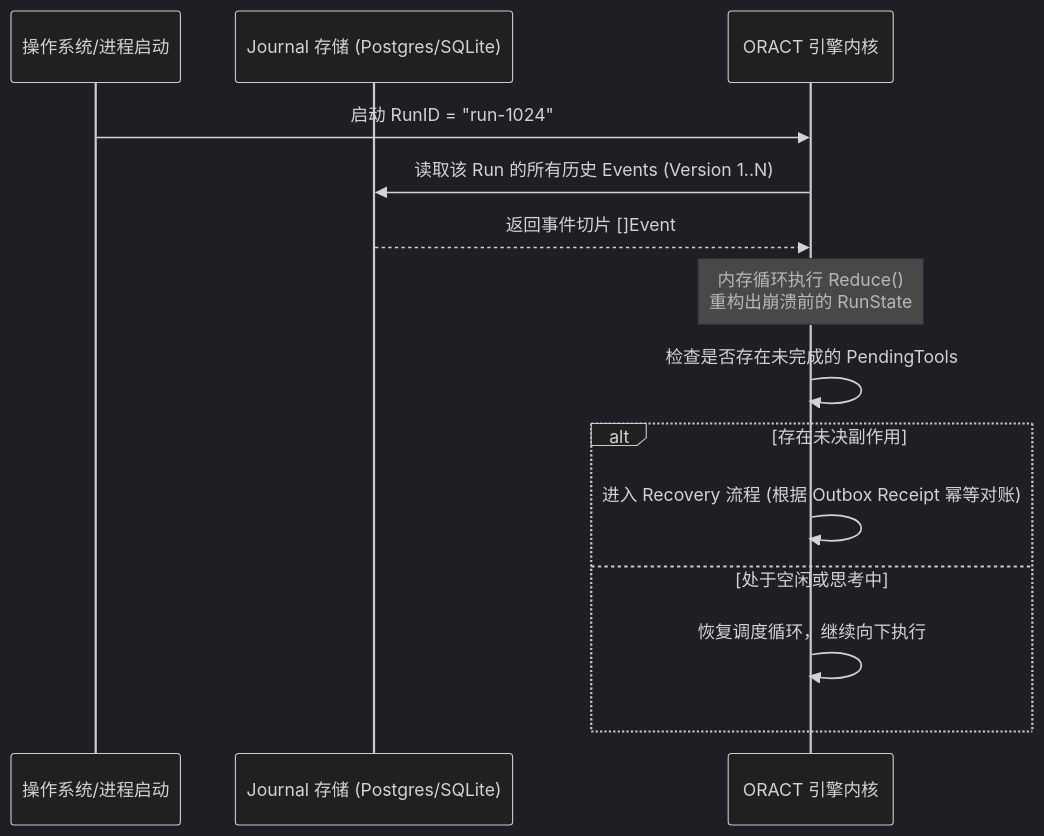
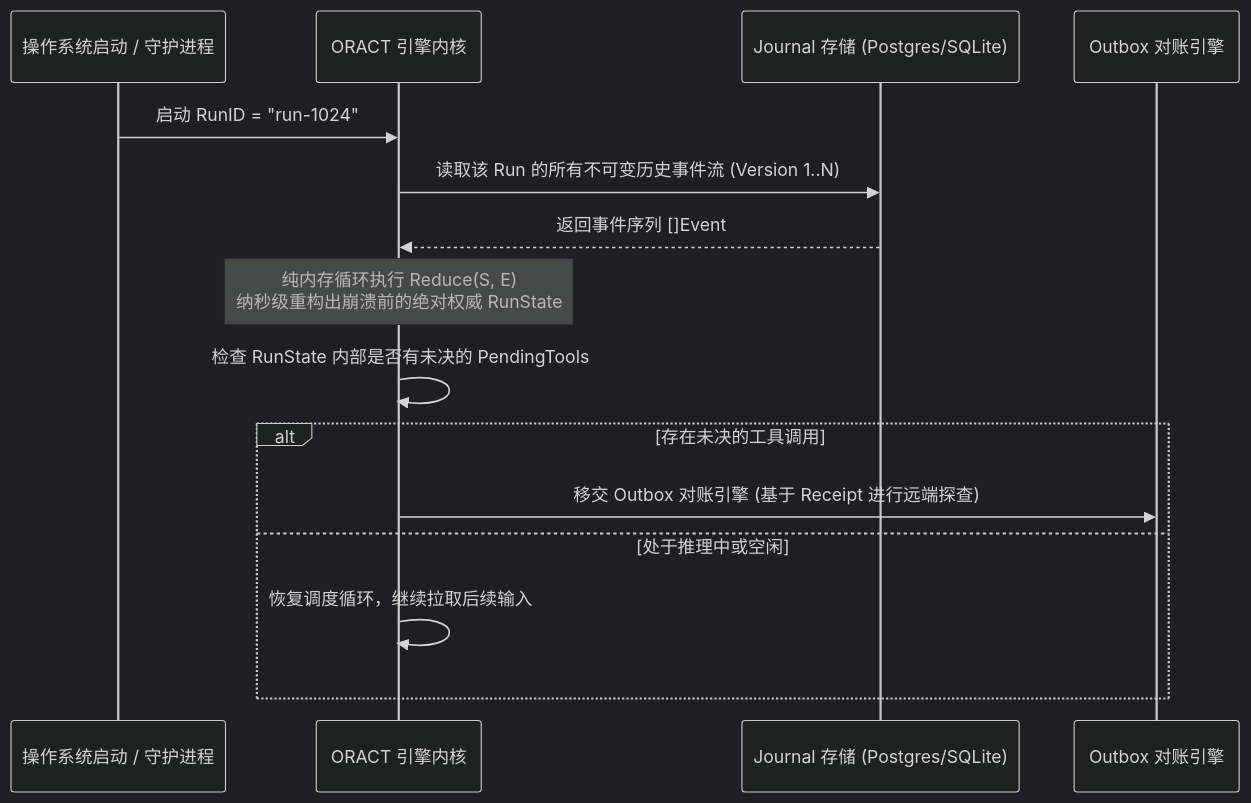
One commit to MoreConsequence/MoreConsequence.github.io changed the second of 2 diagrams in content/posts/oract-01-durable-agent-kernel.md. Above: the diagram before and after it, drawn with Mermaid (dark theme). The commit also changed other lines of this file and 11 other files, not shown here.

````diff
--- a/content/posts/oract-01-durable-agent-kernel.md
+++ b/content/posts/oract-01-durable-agent-kernel.md
@@ -122,17 +152,18 @@
 ```mermaid
 sequenceDiagram
-    participant OS as 操作系统/进程启动
+    participant OS as 操作系统启动 / 守护进程
+    participant Engine as ORACT 引擎内核
     participant Store as Journal 存储 (Postgres/SQLite)
-    participant Engine as ORACT 引擎内核
+    participant Outbox as Outbox 对账引擎
 
     OS->>Engine: 启动 RunID = "run-1024"
-    Engine->>Store: 读取该 Run 的所有历史 Events (Version 1..N)
-    Store-->>Engine: 返回事件切片 []Event
-    Note over Engine: 内存循环执行 Reduce()<br/>重构出崩溃前的 RunState
-    Engine->>Engine: 检查是否存在未完成的 PendingTools
-    alt 存在未决副作用
-        Engine->>Engine: 进入 Recovery 流程 (根据 Outbox Receipt 幂等对账)
-    else 处于空闲或思考中
-        Engine->>Engine: 恢复调度循环，继续向下执行
+    Engine->>Store: 读取该 Run 的所有不可变历史事件流 (Version 1..N)
+    Store-->>Engine: 返回事件序列 []Event
+    Note over Engine: 纯内存循环执行 Reduce(S, E)<br/>纳秒级重构出崩溃前的绝对权威 RunState
+    Engine->>Engine: 检查 RunState 内部是否有未决的 PendingTools
+    alt 存在未决的工具调用
+        Engine->>Outbox: 移交 Outbox 对账引擎 (基于 Receipt 进行远端探查)
+    else 处于推理中或空闲
+        Engine->>Engine: 恢复调度循环，继续拉取后续输入
     end
 ```
````
